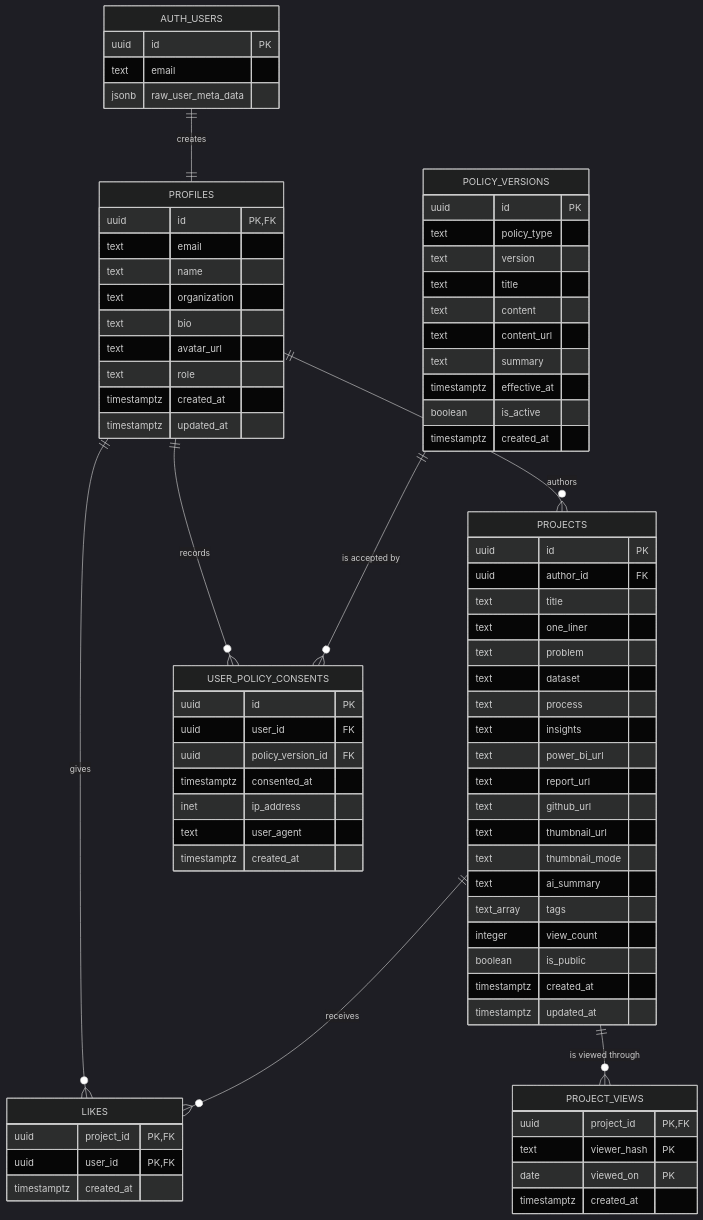
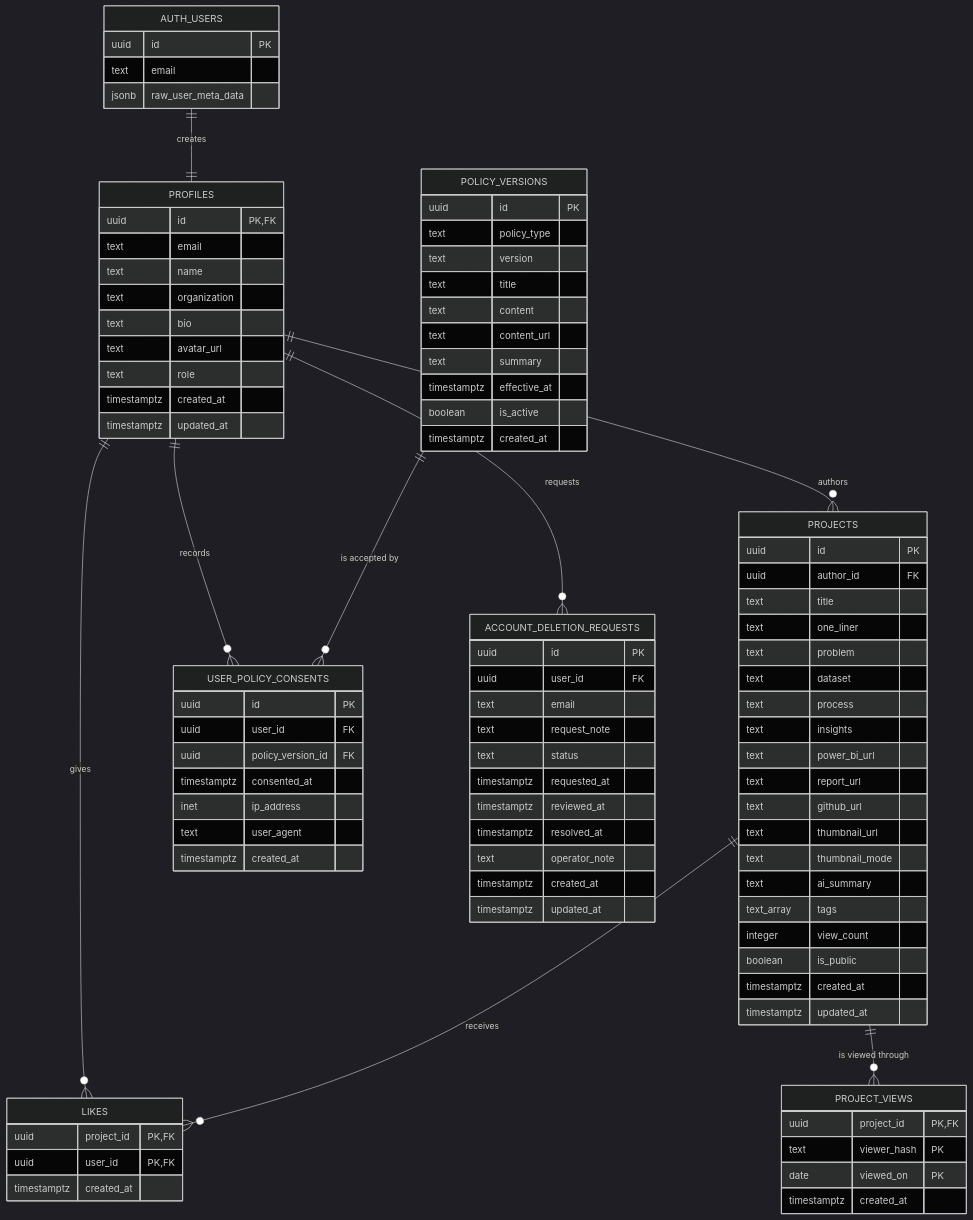
Before and after one commit to Snowball-Impact/folio: the first of 3 diagrams in docs/common/DATA_MODEL.md, drawn with Mermaid (dark theme). The commit also changed other lines of this file and 59 other files, not shown here.

Commit message:
Harden policy flows and docs cleanup

````diff
--- a/docs/common/DATA_MODEL.md
+++ b/docs/common/DATA_MODEL.md
@@ -12,6 +12,7 @@
     PROJECTS ||--o{ LIKES : "receives"
     PROJECTS ||--o{ PROJECT_VIEWS : "is viewed through"
     PROFILES ||--o{ USER_POLICY_CONSENTS : "records"
+    PROFILES ||--o{ ACCOUNT_DELETION_REQUESTS : "requests"
     POLICY_VERSIONS ||--o{ USER_POLICY_CONSENTS : "is accepted by"
 
     AUTH_USERS {
@@ -89,4 +90,18 @@
         text user_agent
         timestamptz created_at
     }
+
+    ACCOUNT_DELETION_REQUESTS {
+        uuid id PK
+        uuid user_id FK
+        text email
+        text request_note
+        text status
+        timestamptz requested_at
+        timestamptz reviewed_at
+        timestamptz resolved_at
+        text operator_note
+        timestamptz created_at
+        timestamptz updated_at
+    }
 ```
````
